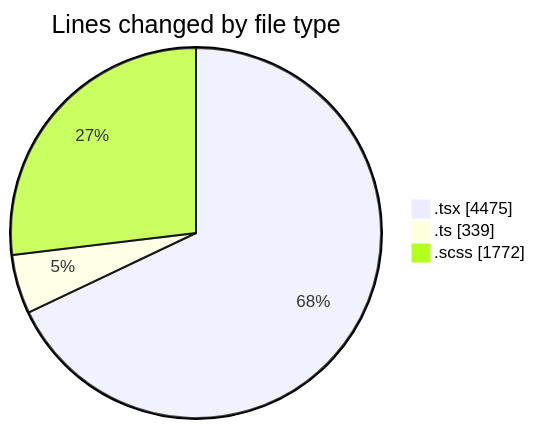
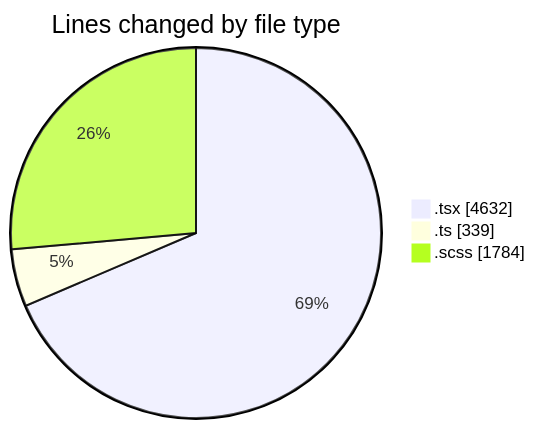
One commit to momahboobian/code-tracking changed the first of 2 diagrams in 2025-07-08/cda/README.md. Above: the diagram before and after it, drawn with Mermaid. The commit also changed other lines of this file and 1 other file, not shown here.

````diff
--- a/2025-07-08/cda/README.md
+++ b/2025-07-08/cda/README.md
@@ -48,7 +48,7 @@
 ```mermaid
 pie showData
 title Lines changed by file type
-".tsx" : 4475
+".tsx" : 4632
 ".ts" : 339
-".scss" : 1772
+".scss" : 1784
 ```
````
